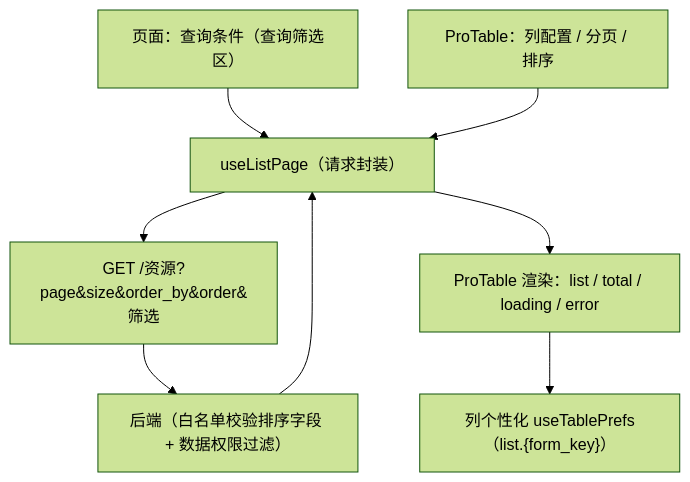
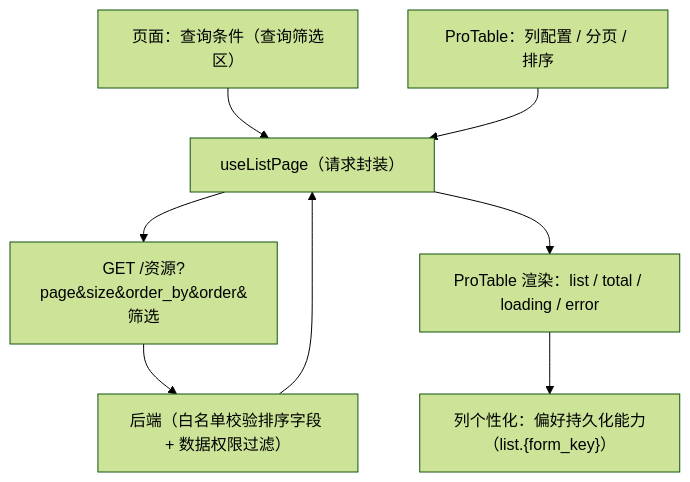
Before and after one commit to minjian123/basic-management-system: the diagram in bms文档/设计/组件设计/07_展示类/01_组件设计_通用表格/01_组件设计_通用表格.md, drawn with Mermaid (forest theme). The commit also changed other lines of this file and 154 other files, not shown here.

````diff
--- a/bms文档/设计/组件设计/07_展示类/01_组件设计_通用表格/01_组件设计_通用表格.md
+++ b/bms文档/设计/组件设计/07_展示类/01_组件设计_通用表格/01_组件设计_通用表格.md
@@ -63,10 +65,10 @@
 ```mermaid
 flowchart TD
     A["页面：查询条件（查询筛选区）"] --> B["useListPage（请求封装）"]
     C["ProTable：列配置 / 分页 / 排序"] --> B
     B --> D["GET /资源?page&size&order_by&order&筛选"]
     D --> E["后端（白名单校验排序字段 + 数据权限过滤）"]
     E --> B
     B --> F["ProTable 渲染：list / total / loading / error"]
-    F --> G["列个性化 useTablePrefs（list.{form_key}）"]
+    F --> G["列个性化：偏好持久化能力（list.{form_key}）"]
 ```
````
